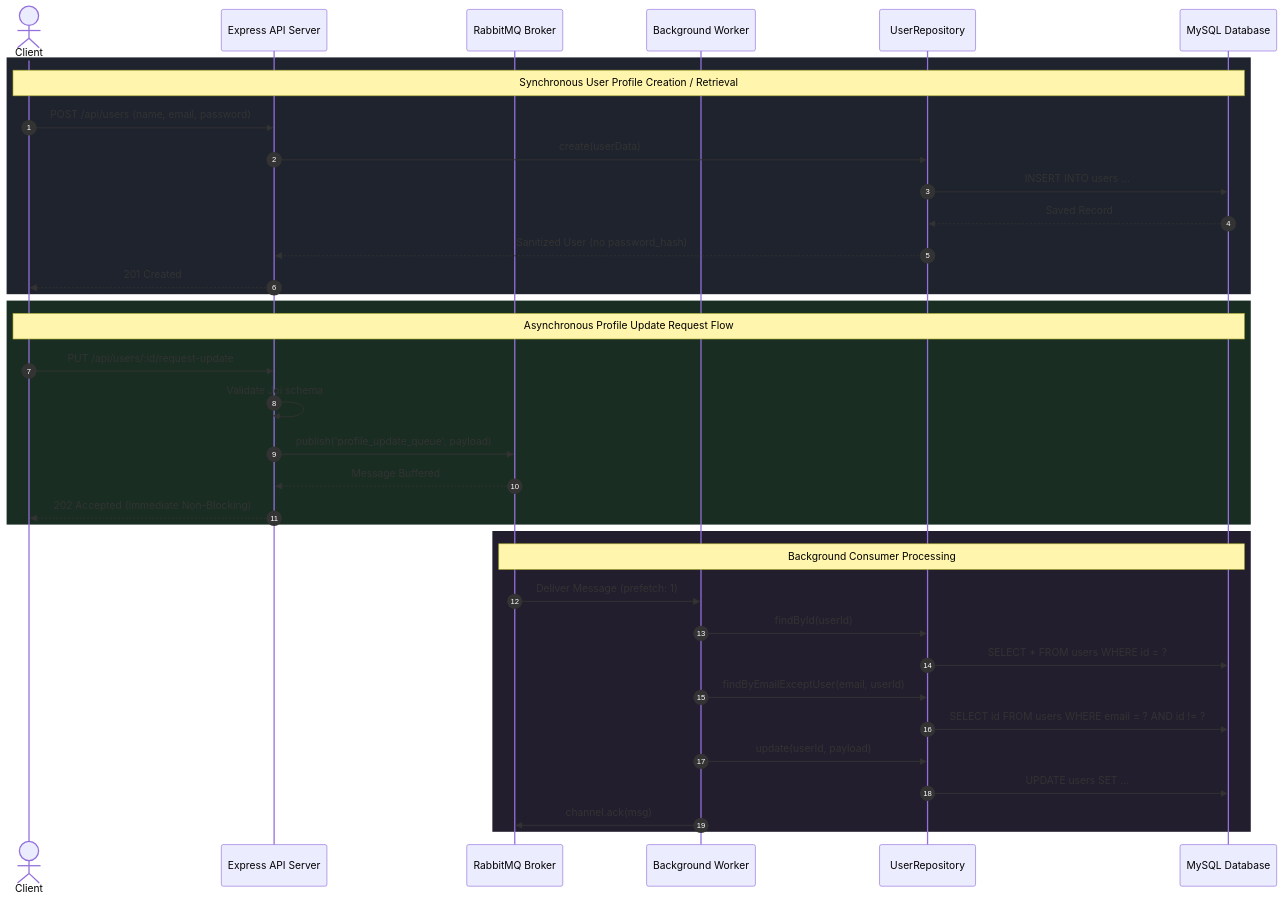
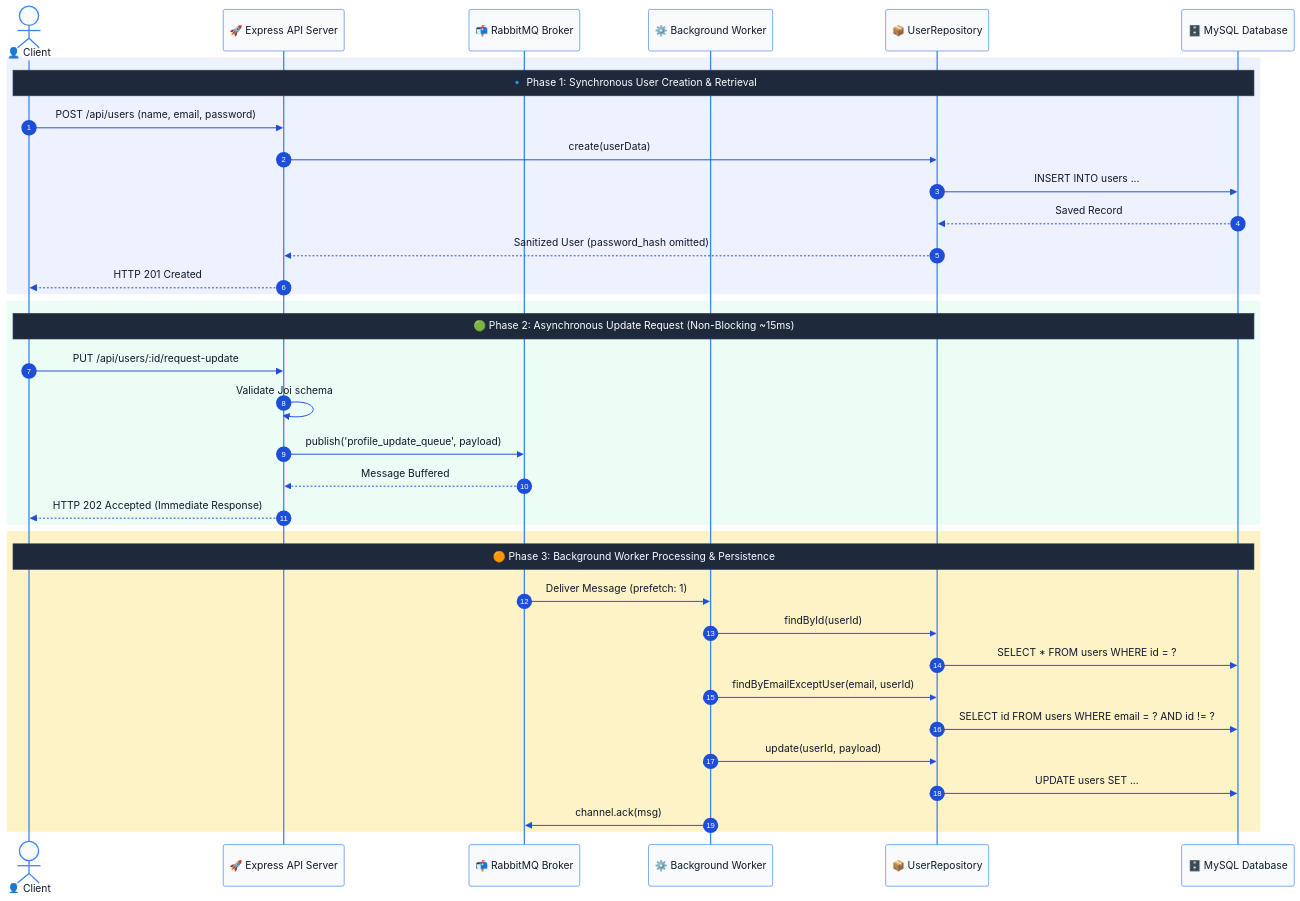
The diagram in README.md (SabbellaLaharika/Async-User-Profile-Service), drawn with Mermaid before and after one commit.

Commit message:
docs: upgrade Mermaid sequence diagram with high-contrast pastel styling and custom theme

````diff
--- a/README.md
+++ b/README.md
@@ -61,41 +61,64 @@
 ```mermaid
+%%{init: {
+  'theme': 'base',
+  'themeVariables': {
+    'primaryColor': '#eff6ff',
+    'primaryTextColor': '#1e3a8a',
+    'primaryBorderColor': '#3b82f6',
+    'lineColor': '#2563eb',
+    'secondaryColor': '#f0fdf4',
+    'tertiaryColor': '#fff7ed',
+    'noteBkgColor': '#1e293b',
+    'noteTextColor': '#ffffff',
+    'noteBorderColor': '#334155',
+    'actorBkg': '#f8fafc',
+    'actorTextColor': '#0f172a',
+    'actorBorder': '#3b82f6',
+    'signalColor': '#1d4ed8',
+    'signalTextColor': '#0f172a',
+    'labelBoxBkgColor': '#dbeafe',
+    'labelBoxBorderColor': '#3b82f6',
+    'labelTextColor': '#1e3a8a',
+    'sequenceNumberColor': '#ffffff'
+  }
+}}%%
 sequenceDiagram
     autonumber
-    actor Client
-    participant API as Express API Server
-    participant Broker as RabbitMQ Broker
-    participant Consumer as Background Worker
-    participant Repo as UserRepository
-    participant DB as MySQL Database
+    actor Client as 👤 Client
+    participant API as 🚀 Express API Server
+    participant Broker as 📬 RabbitMQ Broker
+    participant Consumer as ⚙️ Background Worker
+    participant Repo as 📦 UserRepository
+    participant DB as 🗄️ MySQL Database
 
-    rect rgb(30, 35, 45)
-    Note over Client, DB: Synchronous User Profile Creation / Retrieval
+    rect rgb(238, 242, 255)
+    Note over Client, DB: 🔹 Phase 1: Synchronous User Creation & Retrieval
     Client->>API: POST /api/users (name, email, password)
     API->>Repo: create(userData)
     Repo->>DB: INSERT INTO users ...
     DB-->>Repo: Saved Record
-    Repo-->>API: Sanitized User (no password_hash)
-    API-->>Client: 201 Created
+    Repo-->>API: Sanitized User (password_hash omitted)
+    API-->>Client: HTTP 201 Created
     end
 
-    rect rgb(25, 45, 35)
-    Note over Client, DB: Asynchronous Profile Update Request Flow
+    rect rgb(236, 253, 245)
+    Note over Client, DB: 🟢 Phase 2: Asynchronous Update Request (Non-Blocking ~15ms)
     Client->>API: PUT /api/users/:id/request-update
     API->>API: Validate Joi schema
     API->>Broker: publish('profile_update_queue', payload)
     Broker-->>API: Message Buffered
-    API-->>Client: 202 Accepted (Immediate Non-Blocking)
+    API-->>Client: HTTP 202 Accepted (Immediate Response)
     end
 
-    rect rgb(35, 30, 45)
-    Note over Broker, DB: Background Consumer Processing
+    rect rgb(254, 243, 199)
+    Note over Client, DB: 🟠 Phase 3: Background Worker Processing & Persistence
     Broker->>Consumer: Deliver Message (prefetch: 1)
     Consumer->>Repo: findById(userId)
     Repo->>DB: SELECT * FROM users WHERE id = ?
     Consumer->>Repo: findByEmailExceptUser(email, userId)
     Repo->>DB: SELECT id FROM users WHERE email = ? AND id != ?
     Consumer->>Repo: update(userId, payload)
     Repo->>DB: UPDATE users SET ...
     Consumer->>Broker: channel.ack(msg)
     end
 ```
````
